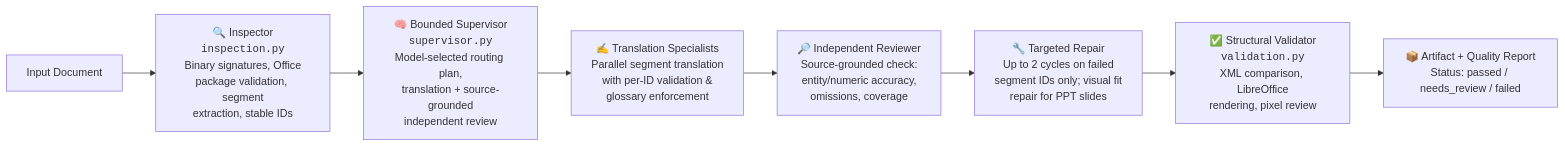
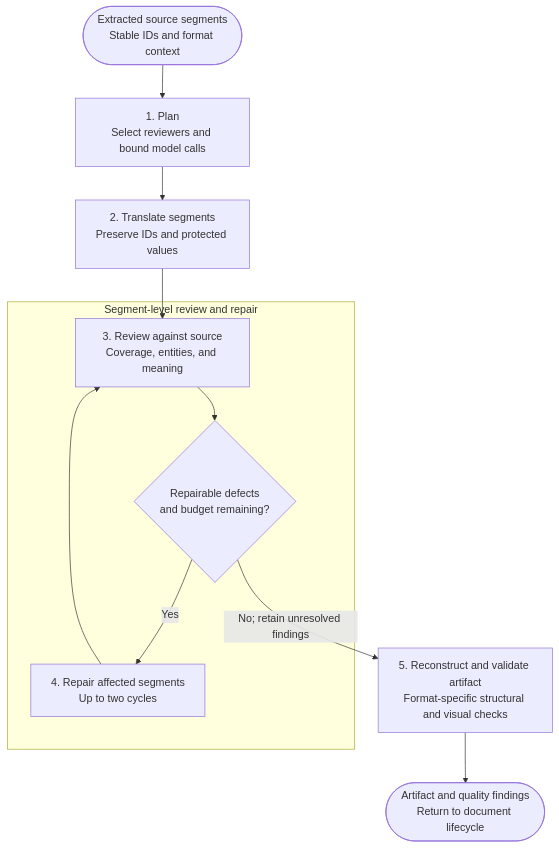
The third of 7 diagrams in README.md (henryhyunwookim/multi-language-document-translator), drawn with Mermaid before and after one commit. The commit also changed other lines of this file and 8 other files, not shown here.

First line of the commit message:
feat(quality): implement multi-document adaptive feedback and consolidate docs

````diff
--- a/README.md
+++ b/README.md
@@ -167,17 +152,19 @@
 ```mermaid
-flowchart LR
-    Input["Input Document"] --> Inspector
-    Inspector["🔍 Inspector<br><code>inspection.py</code><br>Binary signatures, Office<br>package validation, segment<br>extraction, stable IDs"] --> Supervisor
+flowchart TD
+    Input(["Extracted source segments<br/>Stable IDs and format context"])
+    Input --> Plan["1. Plan<br/>Select reviewers and bound model calls"]
+    Plan --> Translate["2. Translate segments<br/>Preserve IDs and protected values"]
 
-    Supervisor["🧠 Bounded Supervisor<br><code>supervisor.py</code><br>Model-selected routing plan,<br>translation + source-grounded<br>independent review"] --> Translate
+    subgraph ReviewLoop["Segment-level review and repair"]
+        Review["3. Review against source<br/>Coverage, entities, and meaning"]
+        Retry{"Repairable defects<br/>and budget remaining?"}
+        Repair["4. Repair affected segments<br/>Up to two cycles"]
+        Review --> Retry
+        Retry -->|"Yes"| Repair
+        Repair --> Review
+    end
 
-    Translate["✍️ Translation Specialists<br>Parallel segment translation<br>with per-ID validation &<br>glossary enforcement"] --> Review
-
-    Review["🔎 Independent Reviewer<br>Source-grounded check:<br>entity/numeric accuracy,<br>omissions, coverage"] --> Repair
-
-    Repair["🔧 Targeted Repair<br>Up to 2 cycles on failed<br>segment IDs only; visual fit<br>repair for PPT slides"] --> Validate
-
-    Validate["✅ Structural Validator<br><code>validation.py</code><br>XML comparison, LibreOffice<br>rendering, pixel review"] --> Deliver
-
-    Deliver["📦 Artifact + Quality Report<br>Status: passed / needs_review / failed"]
+    Translate --> Review
+    Retry -->|"No; retain unresolved findings"| Validate["5. Reconstruct and validate artifact<br/>Format-specific structural and visual checks"]
+    Validate --> Output(["Artifact and quality findings<br/>Return to document lifecycle"])
 ```
````
